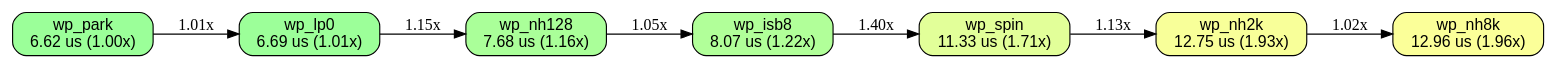
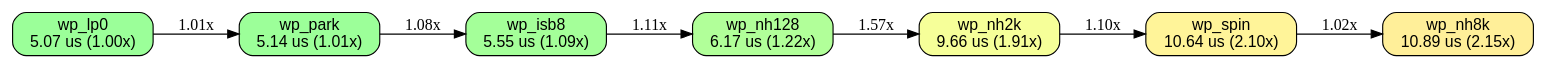
Before and after one commit to orgrinrt/hilavitkutin: the diagram in docs/BENCHES.wake_policy_n64.dot, drawn with Graphviz. The commit also changed 890 other files, not shown here.

```diff
--- a/docs/BENCHES.wake_policy_n64.dot
+++ b/docs/BENCHES.wake_policy_n64.dot
@@ -1,24 +1,24 @@
 // AUTO-GENERATED: DO NOT EDIT DIRECTLY
 //
 // Generated by: mockspace (mock)
-// Generated at: 2026-11-13T12:37:53Z
+// Generated at: 2026-11-15T08:39:34Z
 // Source: mock/
 // To regenerate: cargo mock
 
 digraph "wake_policy_n64" {
   rankdir=LR;
   node [shape=box, style="rounded,filled", fontname="Helvetica"];
-  v0 [label="wp_park\n6.62 us (1.00x)", fillcolor="0.330 0.4 1.0"];
-  v1 [label="wp_lp0\n6.69 us (1.01x)", fillcolor="0.328 0.4 1.0"];
-  v2 [label="wp_nh128\n7.68 us (1.16x)", fillcolor="0.304 0.4 1.0"];
-  v3 [label="wp_isb8\n8.07 us (1.22x)", fillcolor="0.294 0.4 1.0"];
-  v4 [label="wp_spin\n11.33 us (1.71x)", fillcolor="0.213 0.4 1.0"];
-  v5 [label="wp_nh2k\n12.75 us (1.93x)", fillcolor="0.177 0.4 1.0"];
-  v6 [label="wp_nh8k\n12.96 us (1.96x)", fillcolor="0.172 0.4 1.0"];
+  v0 [label="wp_lp0\n5.07 us (1.00x)", fillcolor="0.330 0.4 1.0"];
+  v1 [label="wp_park\n5.14 us (1.01x)", fillcolor="0.328 0.4 1.0"];
+  v2 [label="wp_isb8\n5.55 us (1.09x)", fillcolor="0.314 0.4 1.0"];
+  v3 [label="wp_nh128\n6.17 us (1.22x)", fillcolor="0.294 0.4 1.0"];
+  v4 [label="wp_nh2k\n9.66 us (1.91x)", fillcolor="0.181 0.4 1.0"];
+  v5 [label="wp_spin\n10.64 us (2.10x)", fillcolor="0.149 0.4 1.0"];
+  v6 [label="wp_nh8k\n10.89 us (2.15x)", fillcolor="0.141 0.4 1.0"];
   v0 -> v1 [label="1.01x"];
-  v1 -> v2 [label="1.15x"];
-  v2 -> v3 [label="1.05x"];
-  v3 -> v4 [label="1.40x"];
-  v4 -> v5 [label="1.13x"];
+  v1 -> v2 [label="1.08x"];
+  v2 -> v3 [label="1.11x"];
+  v3 -> v4 [label="1.57x"];
+  v4 -> v5 [label="1.10x"];
   v5 -> v6 [label="1.02x"];
 }
```
